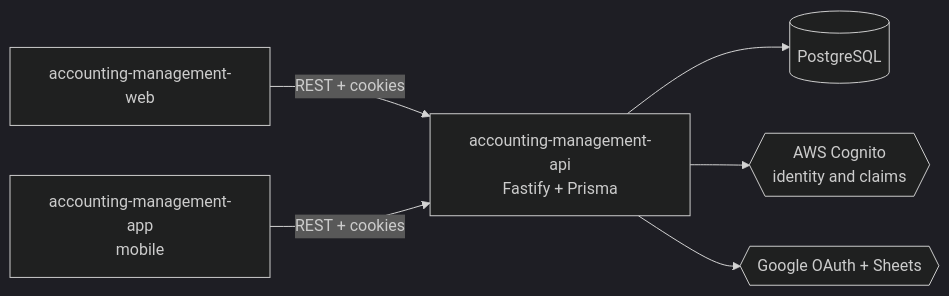
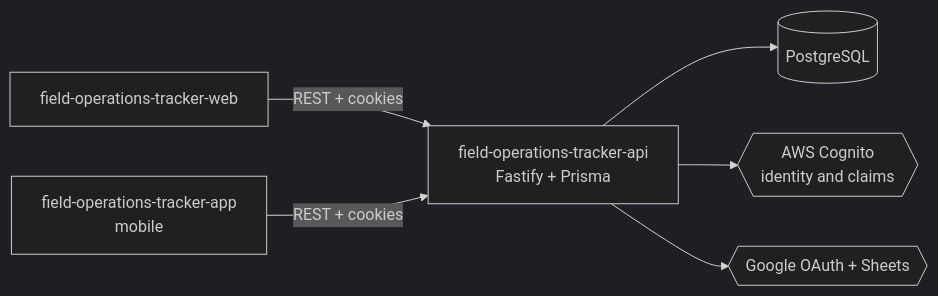
Before and after one commit to mkwitko/field-operations-tracker-api: the first of 4 diagrams in README.md, drawn with Mermaid (dark theme). The commit also changed other lines of this file and 12 other files, not shown here.

Commit message:
chore: rename to field-operations-tracker-api and scrub organisation identifiers

````diff
--- a/README.md
+++ b/README.md
@@ -21,8 +21,8 @@
 ```mermaid
 flowchart LR
-  Web[accounting-management-web] -->|REST + cookies| API[accounting-management-api<br/>Fastify + Prisma]
-  App[accounting-management-app<br/>mobile] -->|REST + cookies| API
+  Web[field-operations-tracker-web] -->|REST + cookies| API[field-operations-tracker-api<br/>Fastify + Prisma]
+  App[field-operations-tracker-app<br/>mobile] -->|REST + cookies| API
   API --> DB[(PostgreSQL)]
   API --> Cognito{{AWS Cognito<br/>identity and claims}}
   API --> Google{{Google OAuth + Sheets}}
 ```
````
